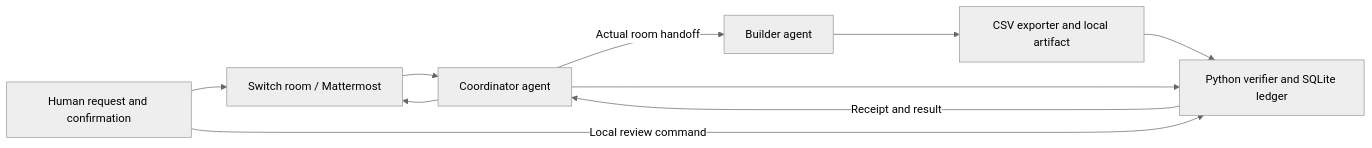
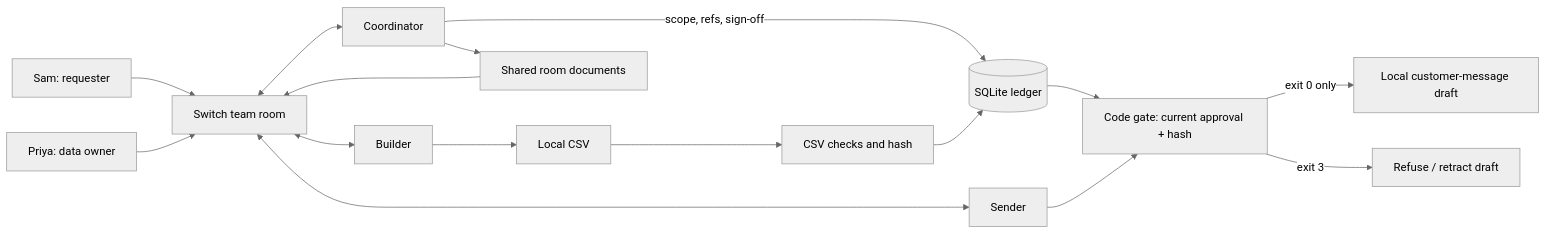
Before and after one commit to Iamyashsiwach/promise-keeper: the diagram in README.md, drawn with Mermaid (neutral theme). The commit also changed other lines of this file and 12 other files, not shown here.

Commit message:
Phase 3: focus README and tutorial on two-person sign-off story

````diff
--- a/README.md
+++ b/README.md
@@ -67,12 +49,18 @@
 ```mermaid
 flowchart LR
-    H[Human request and confirmation] --> R[Switch room / Mattermost]
-    R --> C[Coordinator agent]
-    C -->|Actual room handoff| B[Builder agent]
-    B --> E[CSV exporter and local artifact]
-    C --> L[Python verifier and SQLite ledger]
-    E --> L
-    L -->|Receipt and result| C
-    C --> R
-    H -->|Local review command| L
+    Sam[Sam: requester] --> R[Switch team room]
+    Priya[Priya: data owner] --> R
+    R <--> C[Coordinator]
+    R <--> B[Builder]
+    R <--> S[Sender]
+    C -->|scope, refs, sign-off| L[(SQLite ledger)]
+    B --> F[Local CSV]
+    F --> V[CSV checks and hash]
+    V --> L
+    L --> G[Code gate: current approval + hash]
+    S --> G
+    G -->|exit 0 only| D[Local customer-message draft]
+    G -->|exit 3| X[Refuse / retract draft]
+    C --> Docs[Shared room documents]
+    Docs --> R
 ```
````
